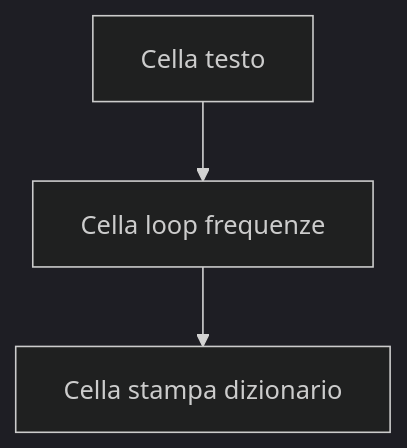
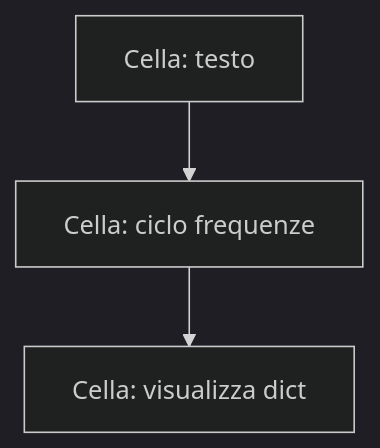
Diagram 11 of 20 in 04-python-jupyter-analisi-biomedica/README.md (lucadagati/Lab_Fondamenti_di_Informatica_25_26), drawn with Mermaid (dark theme) before and after one commit. The commit also changed other lines of this file, not shown here.

First line of the commit message:
README Lab 4: aggiunge testo esercizi e flow più espliciti

````diff
--- a/04-python-jupyter-analisi-biomedica/README.md
+++ b/04-python-jupyter-analisi-biomedica/README.md
@@ -155,5 +192,5 @@
 ```mermaid
 flowchart TD
-    A[Cella testo] --> B[Cella loop frequenze]
-    B --> C[Cella stampa dizionario]
+    A[Cella: testo] --> B[Cella: ciclo frequenze]
+    B --> C[Cella: visualizza dict]
 ```
````
